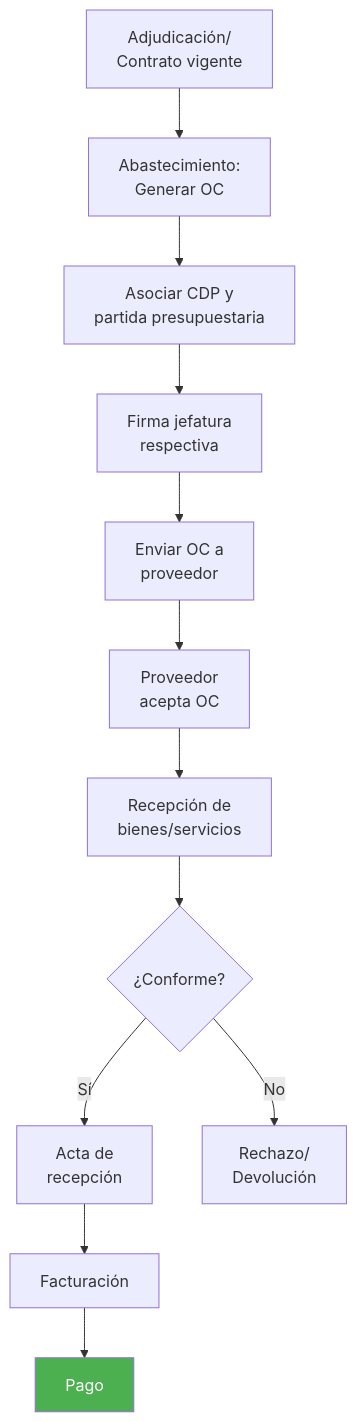
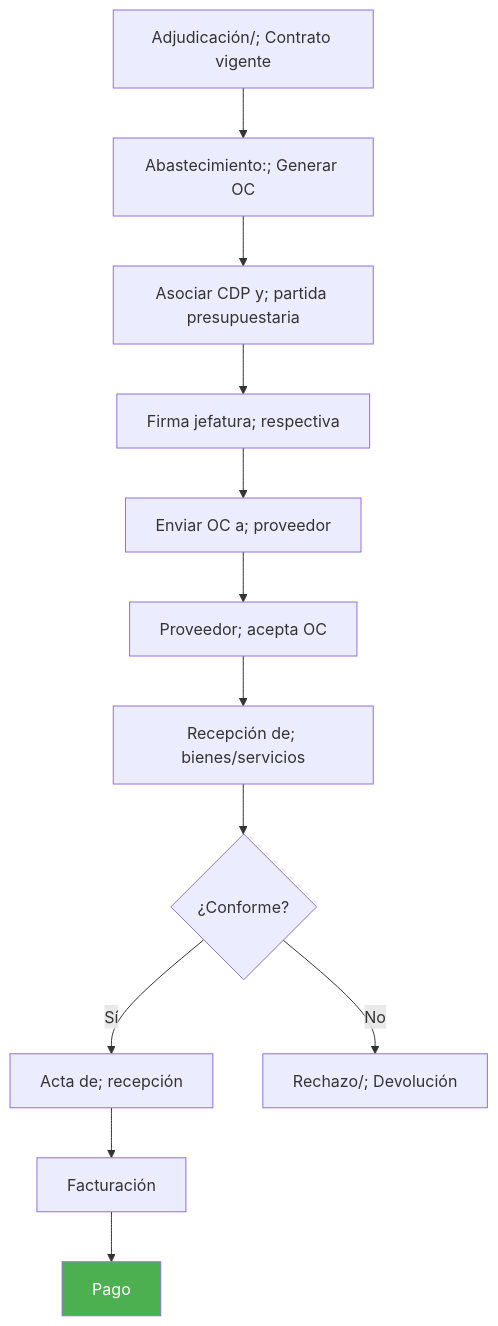
One commit to felix-antonio-sl/kora changed the fifth of 6 diagrams in drafts/gn/bpmn/bpmn-d04-compras-contrataciones.md. Above: the diagram before and after it, drawn with Mermaid. The commit also changed other lines of this file and 265 other files, not shown here.

````diff
--- a/drafts/gn/bpmn/bpmn-d04-compras-contrataciones.md
+++ b/drafts/gn/bpmn/bpmn-d04-compras-contrataciones.md
@@ -167,15 +189,16 @@
 ```mermaid
 flowchart TD
-    A["Adjudicación/<br/>Contrato vigente"] --> B["Abastecimiento:<br/>Generar OC"]
-    B --> C["Asociar CDP y<br/>partida presupuestaria"]
-    C --> D["Firma jefatura<br/>respectiva"]
-    D --> E["Enviar OC a<br/>proveedor"]
-    E --> F["Proveedor<br/>acepta OC"]
-    F --> G["Recepción de<br/>bienes/servicios"]
-    G --> H{"¿Conforme?"}
-    H -->|"Sí"| I["Acta de<br/>recepción"]
-    H -->|"No"| J["Rechazo/<br/>Devolución"]
-    I --> K["Facturación"]
-    K --> L["Pago"]
-    style L fill:#4CAF50,color:#fff
+ A["Adjudicación/; Contrato vigente"] --> B["Abastecimiento:; Generar OC"]
+ B --> C["Asociar CDP y; partida presupuestaria"]
+ C --> D["Firma jefatura; respectiva"]
+ D --> E["Enviar OC a; proveedor"]
+ E --> F["Proveedor; acepta OC"]
+ F --> G["Recepción de; bienes/servicios"]
+ G --> H{"¿Conforme?"}
+ H -->|"Sí"| I["Acta de; recepción"]
+ H -->|"No"| J["Rechazo/; Devolución"]
+ I --> K["Facturación"]
+ K --> L["Pago"]
+
+ style L fill:#4CAF50,color:#fff
 ```
````
